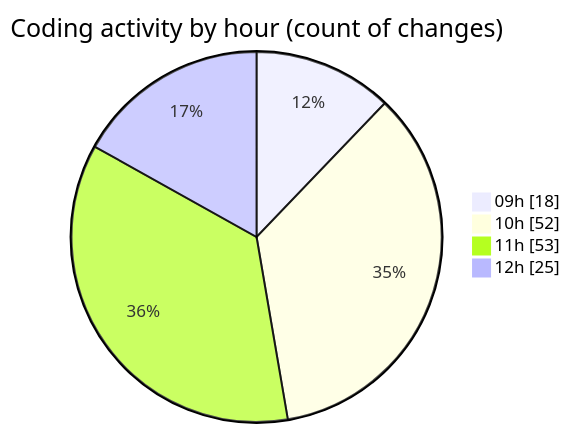
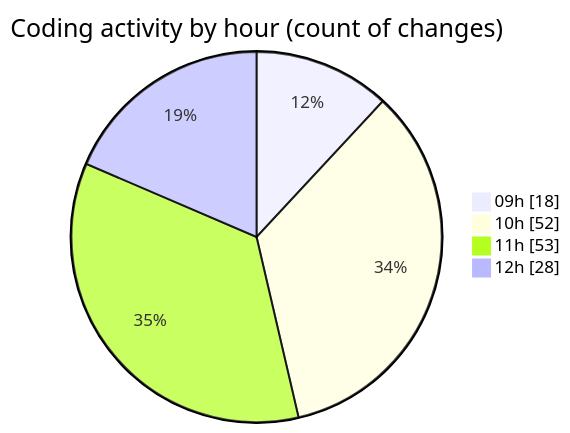
Before and after one commit to momahboobian/code-tracking: the second of 2 diagrams in 2025-03-21/cda/README.md, drawn with Mermaid. The commit also changed other lines of this file and 1 other file, not shown here.

````diff
--- a/2025-03-21/cda/README.md
+++ b/2025-03-21/cda/README.md
@@ -42,8 +42,8 @@
 ```mermaid
 pie showData
 title Coding activity by hour (count of changes)
 "09h" : 18
 "10h" : 52
 "11h" : 53
-"12h" : 25
+"12h" : 28
 ```
````
